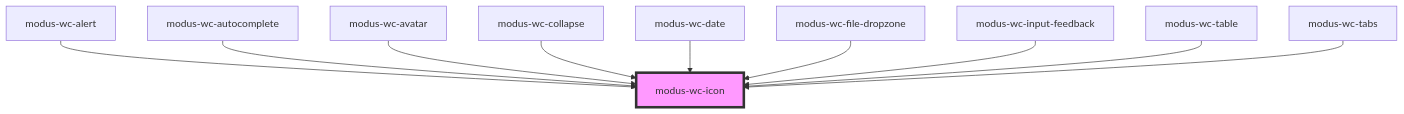
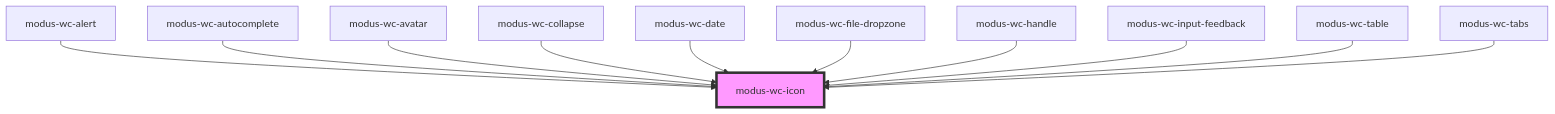
One commit to trimble-oss/modus-wc-2.0 changed the diagram in src/components/modus-wc-icon/readme.md. Above: the diagram before and after it, drawn with Mermaid. The commit also changed other lines of this file and 14 other files, not shown here.

````diff
--- a/src/components/modus-wc-icon/readme.md
+++ b/src/components/modus-wc-icon/readme.md
@@ -40,13 +41,14 @@
 ```mermaid
 graph TD;
   modus-wc-alert --> modus-wc-icon
   modus-wc-autocomplete --> modus-wc-icon
   modus-wc-avatar --> modus-wc-icon
   modus-wc-collapse --> modus-wc-icon
   modus-wc-date --> modus-wc-icon
   modus-wc-file-dropzone --> modus-wc-icon
+  modus-wc-handle --> modus-wc-icon
   modus-wc-input-feedback --> modus-wc-icon
   modus-wc-table --> modus-wc-icon
   modus-wc-tabs --> modus-wc-icon
   style modus-wc-icon fill:#f9f,stroke:#333,stroke-width:4px
 ```
````
